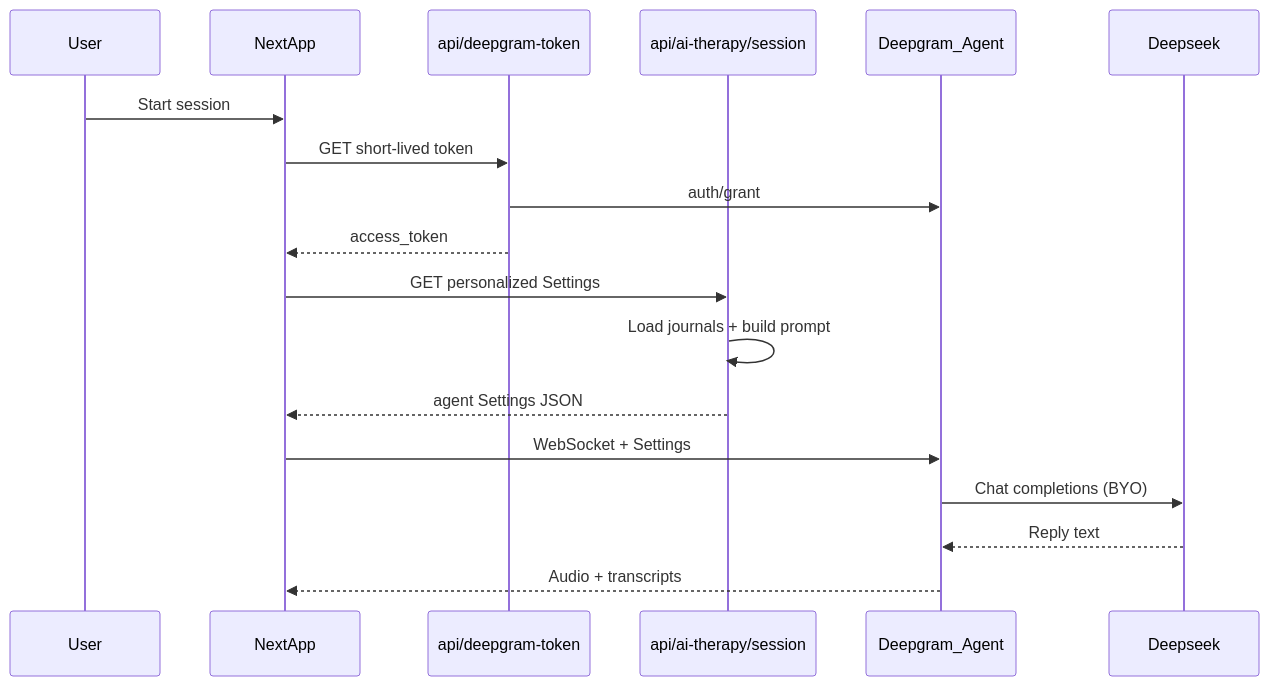
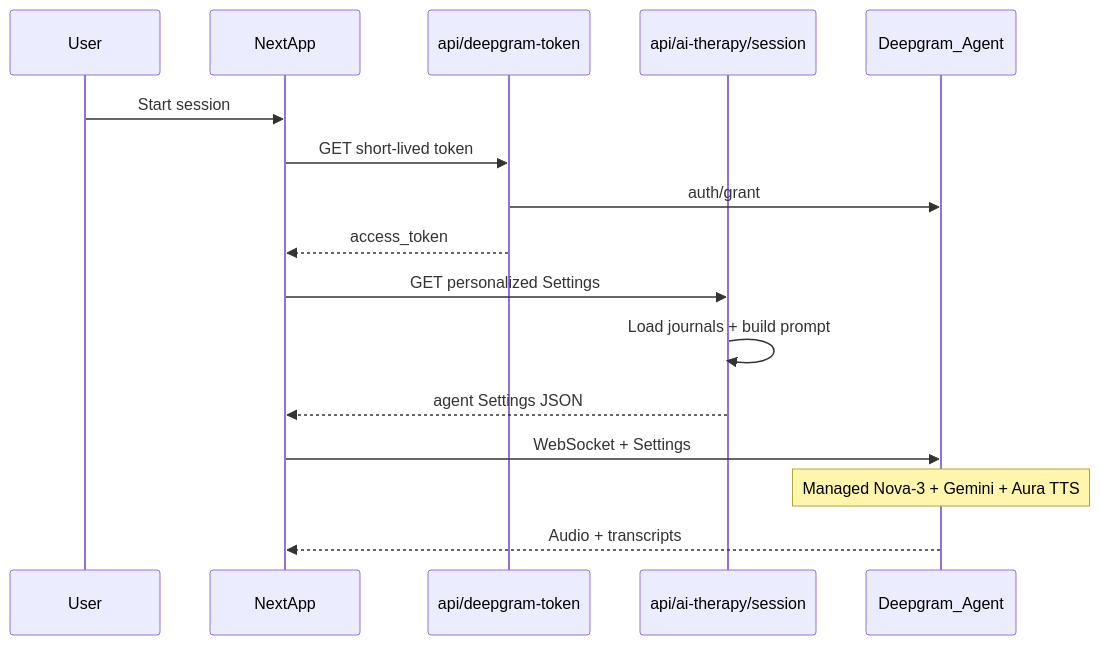
Before and after one commit to joshuaarnaez22/healthmind-ai: the diagram in docs/feature/ai-therapy/plan.md, drawn with Mermaid. The commit also changed other lines of this file and 14 other files, not shown here.

````diff
--- a/docs/feature/ai-therapy/plan.md
+++ b/docs/feature/ai-therapy/plan.md
@@ -27,21 +28,19 @@
 ```mermaid
 sequenceDiagram
   participant User
   participant NextApp
   participant TokenAPI as api/deepgram-token
   participant ConfigAPI as api/ai-therapy/session
   participant DG as Deepgram_Agent
-  participant DS as Deepseek
 
   User->>NextApp: Start session
   NextApp->>TokenAPI: GET short-lived token
   TokenAPI->>DG: auth/grant
   TokenAPI-->>NextApp: access_token
   NextApp->>ConfigAPI: GET personalized Settings
   ConfigAPI->>ConfigAPI: Load journals + build prompt
   ConfigAPI-->>NextApp: agent Settings JSON
   NextApp->>DG: WebSocket + Settings
-  DG->>DS: Chat completions (BYO)
-  DS-->>DG: Reply text
+  Note over DG: Managed Nova-3 + Gemini + Aura TTS
   DG-->>NextApp: Audio + transcripts
 ```
````
